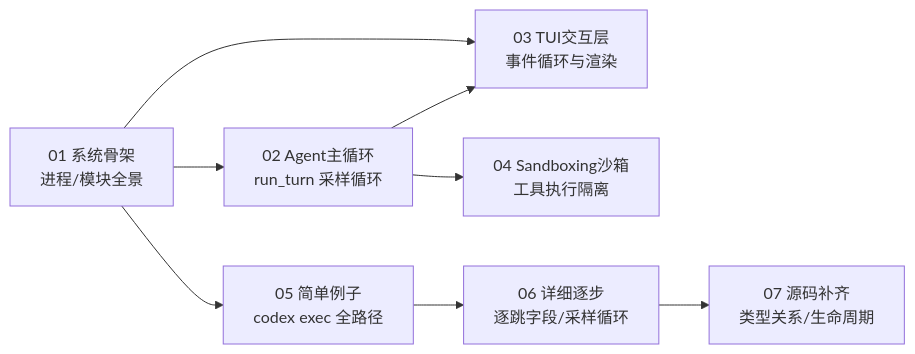
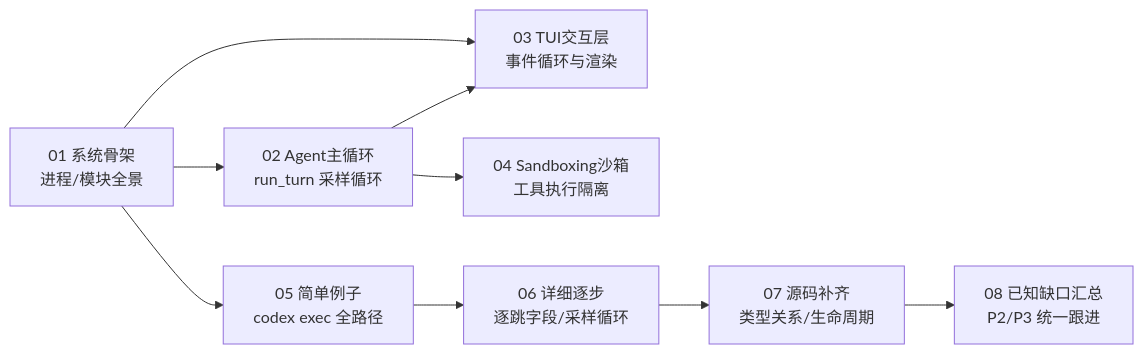
One commit to adrian9778/codex changed the diagram in docs/sourceReader1/README.md. Above: the diagram before and after it, drawn with Mermaid. The commit also changed other lines of this file and 4 other files, not shown here.

````diff
--- a/docs/sourceReader1/README.md
+++ b/docs/sourceReader1/README.md
@@ -21,10 +22,11 @@
 ```mermaid
 flowchart LR
     A["01 系统骨架<br/>进程/模块全景"] --> B["02 Agent主循环<br/>run_turn 采样循环"]
     A --> C["03 TUI交互层<br/>事件循环与渲染"]
     B --> C
     B --> D["04 Sandboxing沙箱<br/>工具执行隔离"]
     A --> E["05 简单例子<br/>codex exec 全路径"]
     E --> F["06 详细逐步<br/>逐跳字段/采样循环"]
     F --> G["07 源码补齐<br/>类型关系/生命周期"]
+    G --> H["08 已知缺口汇总<br/>P2/P3 统一跟进"]
 ```
````
